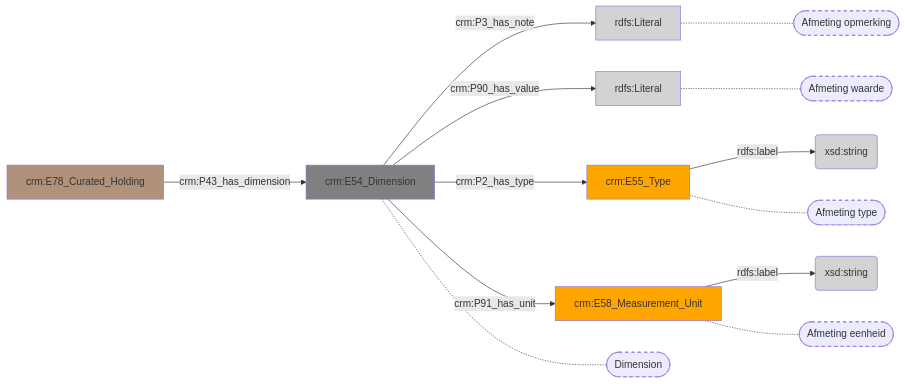
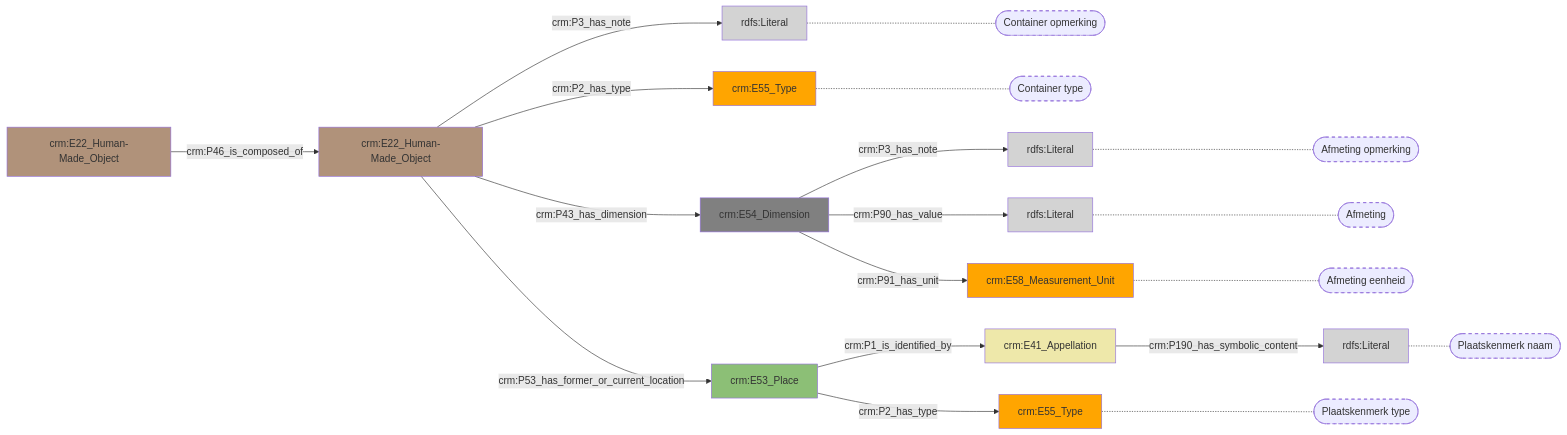
One commit to digipolisantwerpdocumentation/antwerp-cultureel-erfgoed changed the diagram in docs/content/modellen/ArchivalUnit/FysiekeKenmerken.md. Above: the diagram before and after it, drawn with Mermaid. The commit also changed 170 other files, not shown here.

````diff
--- a/docs/content/modellen/ArchivalUnit/FysiekeKenmerken.md
+++ b/docs/content/modellen/ArchivalUnit/FysiekeKenmerken.md
@@ -1,28 +1,40 @@
 ```mermaid
 graph LR
-3b219c08-04fb-11ee-9497-96a6d2455259["crm:E54_Dimension"]-->|"crm:P3_has_note"|3b21ab62-04fb-11ee-9497-96a6d2455259(rdfs:Literal)
-3b219c08-04fb-11ee-9497-96a6d2455259["crm:E54_Dimension"]-->|"crm:P90_has_value"|3b21aac2-04fb-11ee-9497-96a6d2455259(rdfs:Literal)
-3b21ab12-04fb-11ee-9497-96a6d2455259["crm:E58_Measurement_Unit"]-->|"rdfs:label"|3b21aa72-04fb-11ee-9497-96a6d2455259(xsd:string)
-3b21abb2-04fb-11ee-9497-96a6d2455259["crm:E55_Type"]-->|"rdfs:label"|3b21aa22-04fb-11ee-9497-96a6d2455259(xsd:string)
-3b219c08-04fb-11ee-9497-96a6d2455259["crm:E54_Dimension"]-->|"crm:P2_has_type"|3b21abb2-04fb-11ee-9497-96a6d2455259["crm:E55_Type"]
-3b219c08-04fb-11ee-9497-96a6d2455259["crm:E54_Dimension"]-->|"crm:P91_has_unit"|3b21ab12-04fb-11ee-9497-96a6d2455259["crm:E58_Measurement_Unit"]
-3b21a73e-04fb-11ee-9497-96a6d2455259["crm:E78_Curated_Holding"]-->|"crm:P43_has_dimension"|3b219c08-04fb-11ee-9497-96a6d2455259["crm:E54_Dimension"]
-3b21abb2-04fb-11ee-9497-96a6d2455259["crm:E55_Type"]-.-3b21abb2-04fb-11ee-9497-96a6d2455259_s(["Afmeting type"])
-3b21ab62-04fb-11ee-9497-96a6d2455259["rdfs:Literal"]-.-3b21ab62-04fb-11ee-9497-96a6d2455259_s(["Afmeting opmerking"])
-3b21aac2-04fb-11ee-9497-96a6d2455259["rdfs:Literal"]-.-3b21aac2-04fb-11ee-9497-96a6d2455259_s(["Afmeting waarde"])
-3b21ab12-04fb-11ee-9497-96a6d2455259["crm:E58_Measurement_Unit"]-.-3b21ab12-04fb-11ee-9497-96a6d2455259_s(["Afmeting eenheid"])
-3b219c08-04fb-11ee-9497-96a6d2455259["crm:E54_Dimension"]-.-3b219c08-04fb-11ee-9497-96a6d2455259_s(["Dimension"])
-style 3b21abb2-04fb-11ee-9497-96a6d2455259_s stroke-dasharray: 5
-style 3b21ab62-04fb-11ee-9497-96a6d2455259_s stroke-dasharray: 5
-style 3b21aac2-04fb-11ee-9497-96a6d2455259_s stroke-dasharray: 5
-style 3b21ab12-04fb-11ee-9497-96a6d2455259_s stroke-dasharray: 5
-style 3b219c08-04fb-11ee-9497-96a6d2455259_s stroke-dasharray: 5
-style 3b219c08-04fb-11ee-9497-96a6d2455259 fill:#808080
-style 3b21a73e-04fb-11ee-9497-96a6d2455259 fill:#B0927A
-style 3b21aa22-04fb-11ee-9497-96a6d2455259 fill:#D3D3D3
-style 3b21aa72-04fb-11ee-9497-96a6d2455259 fill:#D3D3D3
-style 3b21aac2-04fb-11ee-9497-96a6d2455259 fill:#D3D3D3
-style 3b21ab12-04fb-11ee-9497-96a6d2455259 fill:#ffa500
-style 3b21ab62-04fb-11ee-9497-96a6d2455259 fill:#D3D3D3
-style 3b21abb2-04fb-11ee-9497-96a6d2455259 fill:#ffa500
+style 80a1b22b-27f8-11ef-8728-960002548b4f fill:#B0927A
+style 80a1b730-27f8-11ef-a4a6-960002548b4f fill:#ffa500
+style 80a1ba44-27f8-11ef-9321-960002548b4f fill:#ffa500
+style 80a1bb69-27f8-11ef-94fc-960002548b4f fill:#808080
+style 80a1bc8c-27f8-11ef-9087-960002548b4f fill:#8CBF76
+style 80a1becf-27f8-11ef-bb50-960002548b4f fill:#D3D3D3
+style 80a1bfed-27f8-11ef-9cbe-960002548b4f fill:#EEE8AA
+style 80a1c10e-27f8-11ef-9e19-960002548b4f fill:#D3D3D3
+style 80a1c224-27f8-11ef-904b-960002548b4f fill:#ffa500
+style 80a1c453-27f8-11ef-9a84-960002548b4f fill:#D3D3D3
+style 80a1c565-27f8-11ef-ac98-960002548b4f fill:#D3D3D3
+style f03920c2-27f7-11ef-8f92-960002548b4f fill:#B0927A
+80a1b22b-27f8-11ef-8728-960002548b4f["crm:E22_Human-Made_Object"]-->|"crm:P3_has_note"|80a1c565-27f8-11ef-ac98-960002548b4f(rdfs:Literal)
+80a1bb69-27f8-11ef-94fc-960002548b4f["crm:E54_Dimension"]-->|"crm:P3_has_note"|80a1becf-27f8-11ef-bb50-960002548b4f(rdfs:Literal)
+80a1bb69-27f8-11ef-94fc-960002548b4f["crm:E54_Dimension"]-->|"crm:P90_has_value"|80a1c453-27f8-11ef-9a84-960002548b4f(rdfs:Literal)
+80a1bfed-27f8-11ef-9cbe-960002548b4f["crm:E41_Appellation"]-->|"crm:P190_has_symbolic_content"|80a1c10e-27f8-11ef-9e19-960002548b4f(rdfs:Literal)
+80a1b22b-27f8-11ef-8728-960002548b4f["crm:E22_Human-Made_Object"]-->|"crm:P2_has_type"|80a1b730-27f8-11ef-a4a6-960002548b4f["crm:E55_Type"]
+80a1b22b-27f8-11ef-8728-960002548b4f["crm:E22_Human-Made_Object"]-->|"crm:P43_has_dimension"|80a1bb69-27f8-11ef-94fc-960002548b4f["crm:E54_Dimension"]
+80a1b22b-27f8-11ef-8728-960002548b4f["crm:E22_Human-Made_Object"]-->|"crm:P53_has_former_or_current_location"|80a1bc8c-27f8-11ef-9087-960002548b4f["crm:E53_Place"]
+80a1bb69-27f8-11ef-94fc-960002548b4f["crm:E54_Dimension"]-->|"crm:P91_has_unit"|80a1ba44-27f8-11ef-9321-960002548b4f["crm:E58_Measurement_Unit"]
+80a1bc8c-27f8-11ef-9087-960002548b4f["crm:E53_Place"]-->|"crm:P1_is_identified_by"|80a1bfed-27f8-11ef-9cbe-960002548b4f["crm:E41_Appellation"]
+80a1bc8c-27f8-11ef-9087-960002548b4f["crm:E53_Place"]-->|"crm:P2_has_type"|80a1c224-27f8-11ef-904b-960002548b4f["crm:E55_Type"]
+f03920c2-27f7-11ef-8f92-960002548b4f["crm:E22_Human-Made_Object"]-->|"crm:P46_is_composed_of"|80a1b22b-27f8-11ef-8728-960002548b4f["crm:E22_Human-Made_Object"]
+style 80a1b730-27f8-11ef-a4a6-960002548b4f_s stroke-dasharray: 5
+style 80a1c565-27f8-11ef-ac98-960002548b4f_s stroke-dasharray: 5
+style 80a1becf-27f8-11ef-bb50-960002548b4f_s stroke-dasharray: 5
+style 80a1c453-27f8-11ef-9a84-960002548b4f_s stroke-dasharray: 5
+style 80a1ba44-27f8-11ef-9321-960002548b4f_s stroke-dasharray: 5
+style 80a1c224-27f8-11ef-904b-960002548b4f_s stroke-dasharray: 5
+style 80a1c10e-27f8-11ef-9e19-960002548b4f_s stroke-dasharray: 5
+80a1b730-27f8-11ef-a4a6-960002548b4f["crm:E55_Type"]-.-80a1b730-27f8-11ef-a4a6-960002548b4f_s(["Container type"])
+80a1c565-27f8-11ef-ac98-960002548b4f["rdfs:Literal"]-.-80a1c565-27f8-11ef-ac98-960002548b4f_s(["Container opmerking"])
+80a1becf-27f8-11ef-bb50-960002548b4f["rdfs:Literal"]-.-80a1becf-27f8-11ef-bb50-960002548b4f_s(["Afmeting opmerking"])
+80a1c453-27f8-11ef-9a84-960002548b4f["rdfs:Literal"]-.-80a1c453-27f8-11ef-9a84-960002548b4f_s(["Afmeting"])
+80a1ba44-27f8-11ef-9321-960002548b4f["crm:E58_Measurement_Unit"]-.-80a1ba44-27f8-11ef-9321-960002548b4f_s(["Afmeting eenheid"])
+80a1c224-27f8-11ef-904b-960002548b4f["crm:E55_Type"]-.-80a1c224-27f8-11ef-904b-960002548b4f_s(["Plaatskenmerk type"])
+80a1c10e-27f8-11ef-9e19-960002548b4f["rdfs:Literal"]-.-80a1c10e-27f8-11ef-9e19-960002548b4f_s(["Plaatskenmerk naam"])
 ```
````
